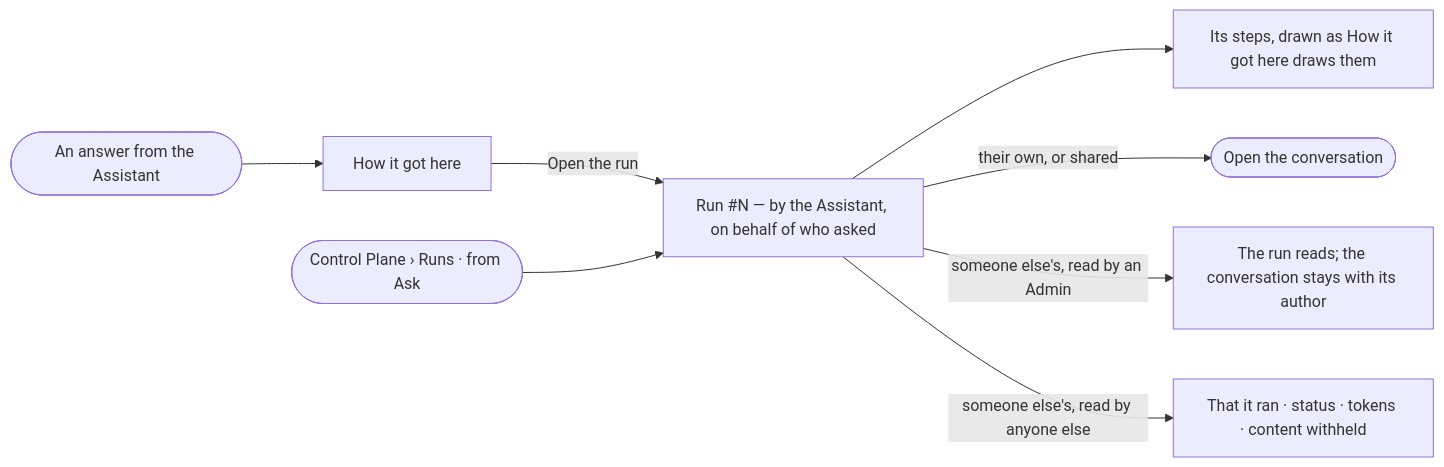
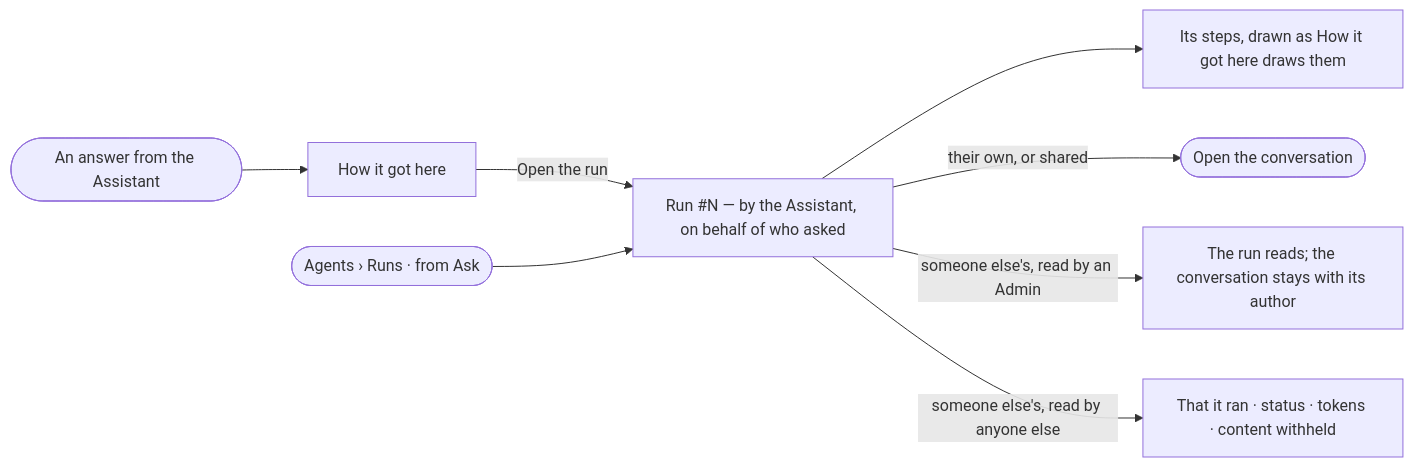
Before and after one commit to invana/invana: the diagram in specs/os/control/features/CP-F10-runs-and-how-the-agents-are-doing/stories/CP-52-read-an-answers-run-like-any-run/story.md, drawn with Mermaid. The commit also changed 106 other files, not shown here.

````diff
--- a/specs/os/control/features/CP-F10-runs-and-how-the-agents-are-doing/stories/CP-52-read-an-answers-run-like-any-run/story.md
+++ b/specs/os/control/features/CP-F10-runs-and-how-the-agents-are-doing/stories/CP-52-read-an-answers-run-like-any-run/story.md
@@ -26,10 +26,10 @@
 ```mermaid
 flowchart LR
   e([An answer from the Assistant]) --> h["How it got here"]
   h -->|Open the run| r["Run #N — by the Assistant, on behalf of who asked"]
-  l([Control Plane › Runs · from Ask]) --> r
+  l([Agents › Runs · from Ask]) --> r
   r --> s["Its steps, drawn as How it got here draws them"]
   r -->|their own, or shared| c(["Open the conversation"])
   r -->|someone else's, read by an Admin| x["The run reads; the conversation stays with its author"]
   r -->|someone else's, read by anyone else| w["That it ran · status · tokens · content withheld"]
 ```
````
